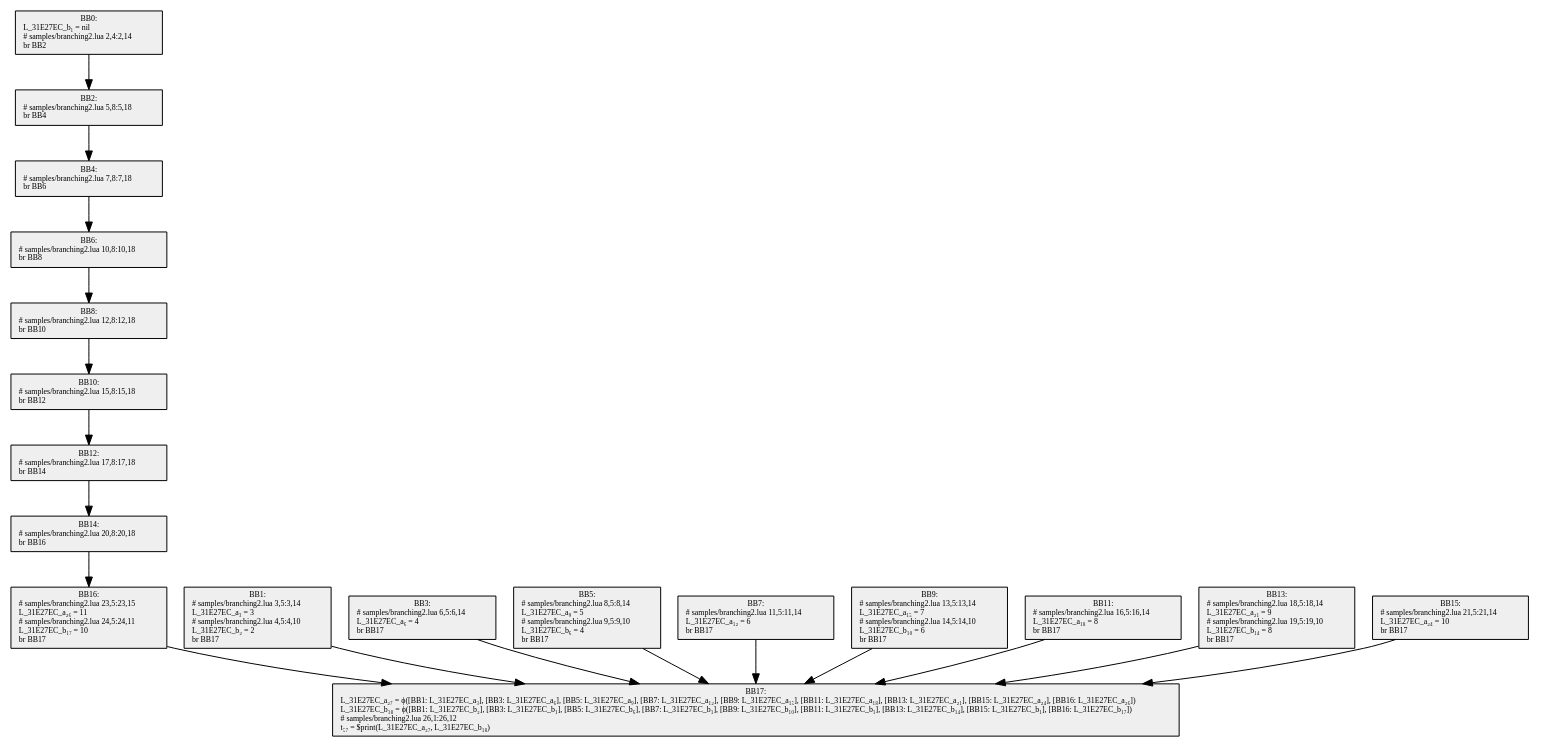
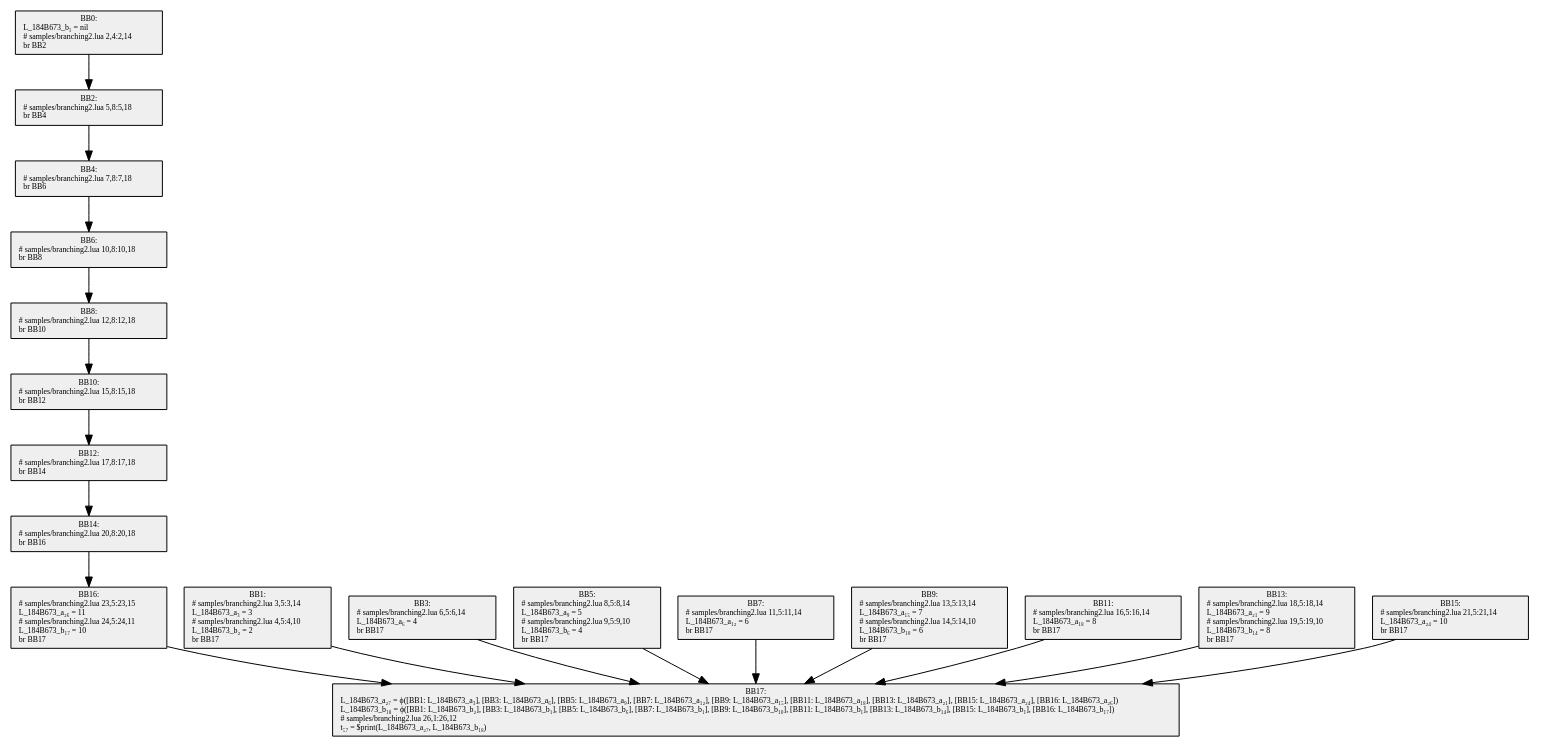
Before and after one commit to GGG-KILLER/SimpleCompiler: the diagram in src/SimpleCompiler.Cli/samples/obj/branching2.3.dot, drawn with Graphviz. The commit also changed 28 other files, not shown here.

```diff
--- a/src/SimpleCompiler.Cli/samples/obj/branching2.3.dot
+++ b/src/SimpleCompiler.Cli/samples/obj/branching2.3.dot
@@ -1,39 +1,39 @@
 digraph {
   node[shape=box style=filled fontsize=8 fontname="Cascadia Code" fillcolor="#efefef"];
-  BB0 [label="BB0:\nL_31E27EC_b₁ = nil\l# samples/branching2.lua 2,4:2,14\lbr BB2\l"];
-  BB1 [label="BB1:\n# samples/branching2.lua 3,5:3,14\lL_31E27EC_a₃ = 3\l# samples/branching2.lua 4,5:4,10\lL_31E27EC_b₂ = 2\lbr BB17\l"];
+  BB0 [label="BB0:\nL_184B673_b₁ = nil\l# samples/branching2.lua 2,4:2,14\lbr BB2\l"];
+  BB1 [label="BB1:\n# samples/branching2.lua 3,5:3,14\lL_184B673_a₃ = 3\l# samples/branching2.lua 4,5:4,10\lL_184B673_b₂ = 2\lbr BB17\l"];
   BB2 [label="BB2:\n# samples/branching2.lua 5,8:5,18\lbr BB4\l"];
-  BB3 [label="BB3:\n# samples/branching2.lua 6,5:6,14\lL_31E27EC_a₆ = 4\lbr BB17\l"];
+  BB3 [label="BB3:\n# samples/branching2.lua 6,5:6,14\lL_184B673_a₆ = 4\lbr BB17\l"];
   BB4 [label="BB4:\n# samples/branching2.lua 7,8:7,18\lbr BB6\l"];
-  BB5 [label="BB5:\n# samples/branching2.lua 8,5:8,14\lL_31E27EC_a₉ = 5\l# samples/branching2.lua 9,5:9,10\lL_31E27EC_b₆ = 4\lbr BB17\l"];
+  BB5 [label="BB5:\n# samples/branching2.lua 8,5:8,14\lL_184B673_a₉ = 5\l# samples/branching2.lua 9,5:9,10\lL_184B673_b₆ = 4\lbr BB17\l"];
   BB6 [label="BB6:\n# samples/branching2.lua 10,8:10,18\lbr BB8\l"];
-  BB7 [label="BB7:\n# samples/branching2.lua 11,5:11,14\lL_31E27EC_a₁₂ = 6\lbr BB17\l"];
+  BB7 [label="BB7:\n# samples/branching2.lua 11,5:11,14\lL_184B673_a₁₂ = 6\lbr BB17\l"];
   BB8 [label="BB8:\n# samples/branching2.lua 12,8:12,18\lbr BB10\l"];
-  BB9 [label="BB9:\n# samples/branching2.lua 13,5:13,14\lL_31E27EC_a₁₅ = 7\l# samples/branching2.lua 14,5:14,10\lL_31E27EC_b₁₀ = 6\lbr BB17\l"];
+  BB9 [label="BB9:\n# samples/branching2.lua 13,5:13,14\lL_184B673_a₁₅ = 7\l# samples/branching2.lua 14,5:14,10\lL_184B673_b₁₀ = 6\lbr BB17\l"];
   BB10 [label="BB10:\n# samples/branching2.lua 15,8:15,18\lbr BB12\l"];
-  BB11 [label="BB11:\n# samples/branching2.lua 16,5:16,14\lL_31E27EC_a₁₈ = 8\lbr BB17\l"];
+  BB11 [label="BB11:\n# samples/branching2.lua 16,5:16,14\lL_184B673_a₁₈ = 8\lbr BB17\l"];
   BB12 [label="BB12:\n# samples/branching2.lua 17,8:17,18\lbr BB14\l"];
-  BB13 [label="BB13:\n# samples/branching2.lua 18,5:18,14\lL_31E27EC_a₂₁ = 9\l# samples/branching2.lua 19,5:19,10\lL_31E27EC_b₁₄ = 8\lbr BB17\l"];
+  BB13 [label="BB13:\n# samples/branching2.lua 18,5:18,14\lL_184B673_a₂₁ = 9\l# samples/branching2.lua 19,5:19,10\lL_184B673_b₁₄ = 8\lbr BB17\l"];
   BB14 [label="BB14:\n# samples/branching2.lua 20,8:20,18\lbr BB16\l"];
-  BB15 [label="BB15:\n# samples/branching2.lua 21,5:21,14\lL_31E27EC_a₂₄ = 10\lbr BB17\l"];
-  BB16 [label="BB16:\n# samples/branching2.lua 23,5:23,15\lL_31E27EC_a₂₆ = 11\l# samples/branching2.lua 24,5:24,11\lL_31E27EC_b₁₇ = 10\lbr BB17\l"];
-  BB17 [label="BB17:\nL_31E27EC_a₂₇ = ϕ([BB1: L_31E27EC_a₃], [BB3: L_31E27EC_a₆], [BB5: L_31E27EC_a₉], [BB7: L_31E27EC_a₁₂], [BB9: L_31E27EC_a₁₅], [BB11: L_31E27EC_a₁₈], [BB13: L_31E27EC_a₂₁], [BB15: L_31E27EC_a₂₄], [BB16: L_31E27EC_a₂₆])\lL_31E27EC_b₁₈ = ϕ([BB1: L_31E27EC_b₂], [BB3: L_31E27EC_b₁], [BB5: L_31E27EC_b₆], [BB7: L_31E27EC_b₁], [BB9: L_31E27EC_b₁₀], [BB11: L_31E27EC_b₁], [BB13: L_31E27EC_b₁₄], [BB15: L_31E27EC_b₁], [BB16: L_31E27EC_b₁₇])\l# samples/branching2.lua 26,1:26,12\lt₅₇ = $print(L_31E27EC_a₂₇, L_31E27EC_b₁₈)\l"];
+  BB15 [label="BB15:\n# samples/branching2.lua 21,5:21,14\lL_184B673_a₂₄ = 10\lbr BB17\l"];
+  BB16 [label="BB16:\n# samples/branching2.lua 23,5:23,15\lL_184B673_a₂₆ = 11\l# samples/branching2.lua 24,5:24,11\lL_184B673_b₁₇ = 10\lbr BB17\l"];
+  BB17 [label="BB17:\nL_184B673_a₂₇ = ϕ([BB1: L_184B673_a₃], [BB3: L_184B673_a₆], [BB5: L_184B673_a₉], [BB7: L_184B673_a₁₂], [BB9: L_184B673_a₁₅], [BB11: L_184B673_a₁₈], [BB13: L_184B673_a₂₁], [BB15: L_184B673_a₂₄], [BB16: L_184B673_a₂₆])\lL_184B673_b₁₈ = ϕ([BB1: L_184B673_b₂], [BB3: L_184B673_b₁], [BB5: L_184B673_b₆], [BB7: L_184B673_b₁], [BB9: L_184B673_b₁₀], [BB11: L_184B673_b₁], [BB13: L_184B673_b₁₄], [BB15: L_184B673_b₁], [BB16: L_184B673_b₁₇])\l# samples/branching2.lua 26,1:26,12\lt₅₇ = $print(L_184B673_a₂₇, L_184B673_b₁₈)\l"];
 
   BB0 -> BB2;
   BB2 -> BB4;
   BB4 -> BB6;
   BB6 -> BB8;
   BB8 -> BB10;
   BB10 -> BB12;
   BB12 -> BB14;
   BB14 -> BB16;
   BB1 -> BB17;
   BB3 -> BB17;
   BB5 -> BB17;
   BB7 -> BB17;
   BB9 -> BB17;
   BB11 -> BB17;
   BB13 -> BB17;
   BB15 -> BB17;
   BB16 -> BB17;
 }
```
